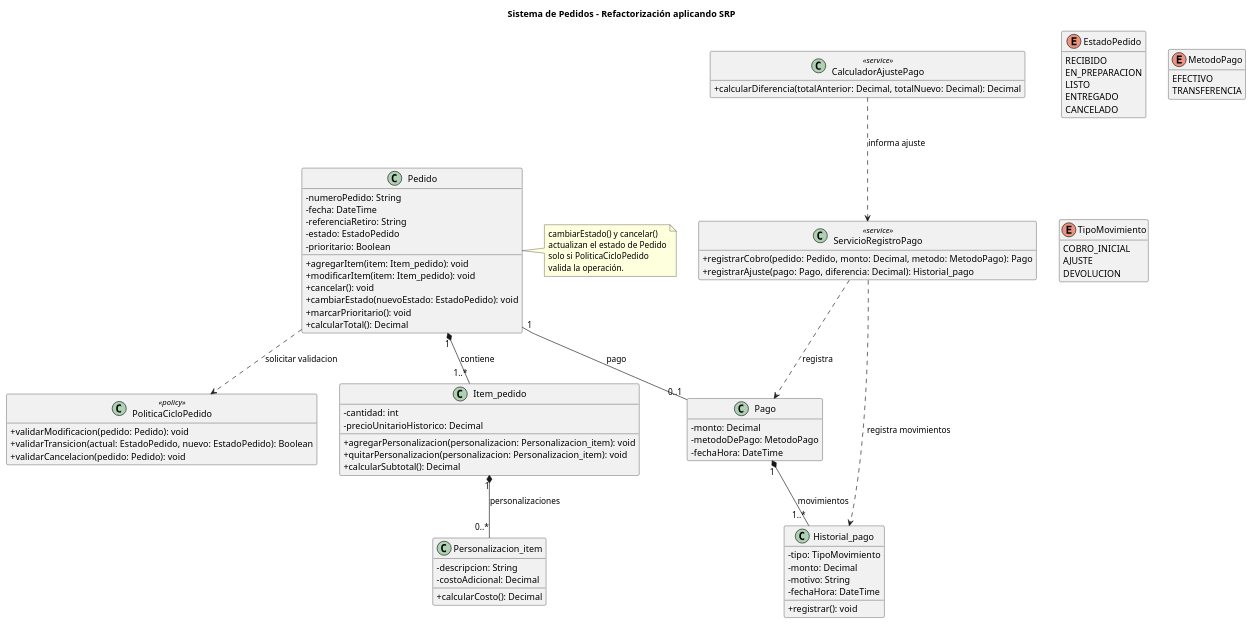
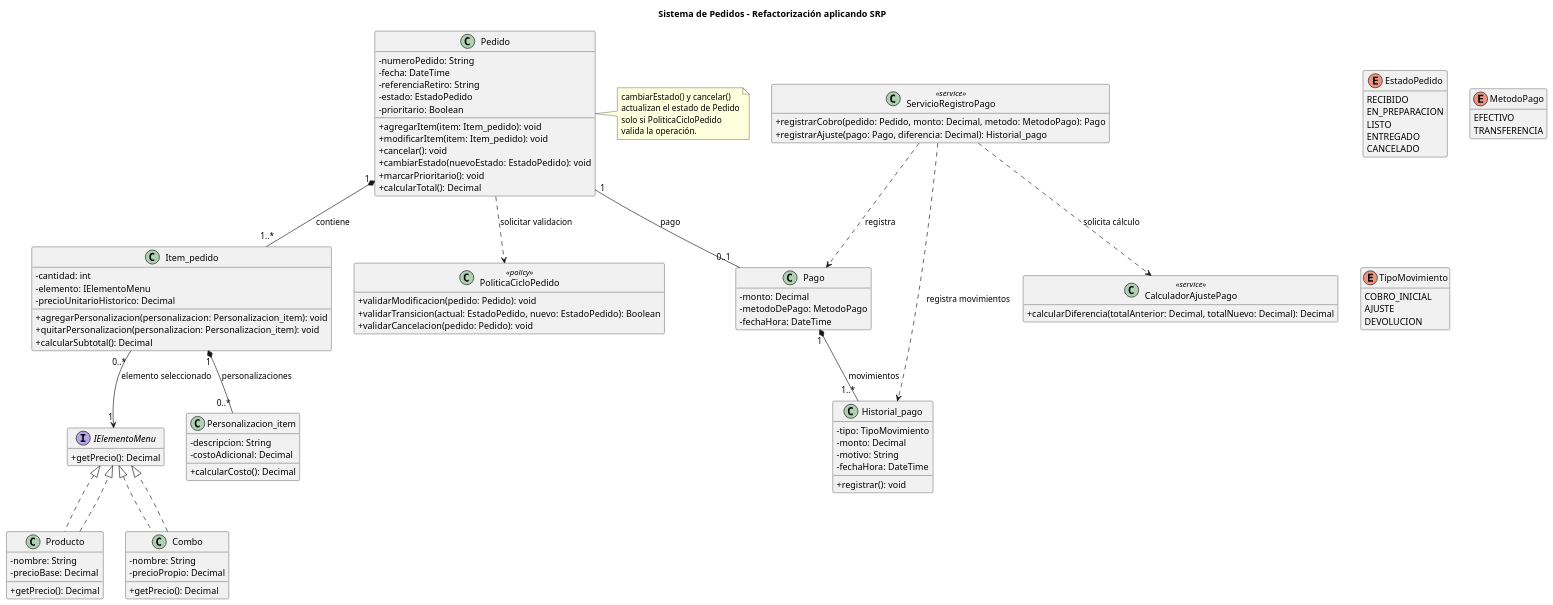
One commit to eloeyhe/SistemaPedidos changed the diagram in diagramas/01-diagrama-clases/01-solid-01-srp.puml. Above: the diagram before and after it, drawn with PlantUML. The commit also changed 3 other files, not shown here.

```diff
--- a/diagramas/01-diagrama-clases/01-solid-01-srp.puml
+++ b/diagramas/01-diagrama-clases/01-solid-01-srp.puml
@@ -1,104 +1,124 @@
 @startuml
 title Sistema de Pedidos - Refactorización aplicando SRP
 
 skinparam classAttributeIconSize 0
 hide empty members
 
 class Pedido {
   - numeroPedido: String
   - fecha: DateTime
   - referenciaRetiro: String
   - estado: EstadoPedido
   - prioritario: Boolean
   + agregarItem(item: Item_pedido): void
   + modificarItem(item: Item_pedido): void
   + cancelar(): void
   + cambiarEstado(nuevoEstado: EstadoPedido): void
   + marcarPrioritario(): void
   + calcularTotal(): Decimal
 }
 
 class Item_pedido {
   - cantidad: int
+  - elemento: IElementoMenu
   - precioUnitarioHistorico: Decimal
   + agregarPersonalizacion(personalizacion: Personalizacion_item): void
   + quitarPersonalizacion(personalizacion: Personalizacion_item): void
   + calcularSubtotal(): Decimal
+}
+
+interface IElementoMenu {
+  + getPrecio(): Decimal
+}
+
+class Producto implements IElementoMenu {
+  - nombre: String
+  - precioBase: Decimal
+  + getPrecio(): Decimal
+}
+
+class Combo implements IElementoMenu {
+  - nombre: String
+  - precioPropio: Decimal
+  + getPrecio(): Decimal
 }
 
 class Personalizacion_item {
   - descripcion: String
   - costoAdicional: Decimal
   + calcularCosto(): Decimal
 }
 
 class Pago {
   - monto: Decimal
   - metodoDePago: MetodoPago
   - fechaHora: DateTime
 }
 
 class Historial_pago {
   - tipo: TipoMovimiento
   - monto: Decimal
   - motivo: String
   - fechaHora: DateTime
   + registrar(): void
 }
 
 class PoliticaCicloPedido <<policy>> {
   + validarModificacion(pedido: Pedido): void
   + validarTransicion(actual: EstadoPedido, nuevo: EstadoPedido): Boolean
   + validarCancelacion(pedido: Pedido): void
 }
 
 class ServicioRegistroPago <<service>> {
   + registrarCobro(pedido: Pedido, monto: Decimal, metodo: MetodoPago): Pago
   + registrarAjuste(pago: Pago, diferencia: Decimal): Historial_pago
 }
 
 class CalculadorAjustePago <<service>> {
   + calcularDiferencia(totalAnterior: Decimal, totalNuevo: Decimal): Decimal
 }
 
 enum EstadoPedido {
   RECIBIDO
   EN_PREPARACION
   LISTO
   ENTREGADO
   CANCELADO
 }
 
 enum MetodoPago {
   EFECTIVO
   TRANSFERENCIA
 }
 
 enum TipoMovimiento {
   COBRO_INICIAL
   AJUSTE
   DEVOLUCION
 }
 
 Pedido "1" *-- "1..*" Item_pedido : contiene
+Item_pedido "0..*" --> "1" IElementoMenu : elemento seleccionado
+Producto ..|> IElementoMenu
+Combo ..|> IElementoMenu
 Item_pedido "1" *-- "0..*" Personalizacion_item : personalizaciones
 Pedido "1" -- "0..1" Pago : pago
 Pago "1" *-- "1..*" Historial_pago : movimientos
 
 Pedido ..> PoliticaCicloPedido : solicitar validacion
 
   note right of Pedido
   cambiarEstado() y cancelar()
   actualizan el estado de Pedido
   solo si PoliticaCicloPedido
   valida la operación.
   end note
 
 ServicioRegistroPago ..> Pago : registra
 ServicioRegistroPago ..> Historial_pago : registra movimientos
-CalculadorAjustePago ..> ServicioRegistroPago : informa ajuste
+ServicioRegistroPago ..> CalculadorAjustePago : solicita cálculo
 
 
 
 
 @enduml
```
